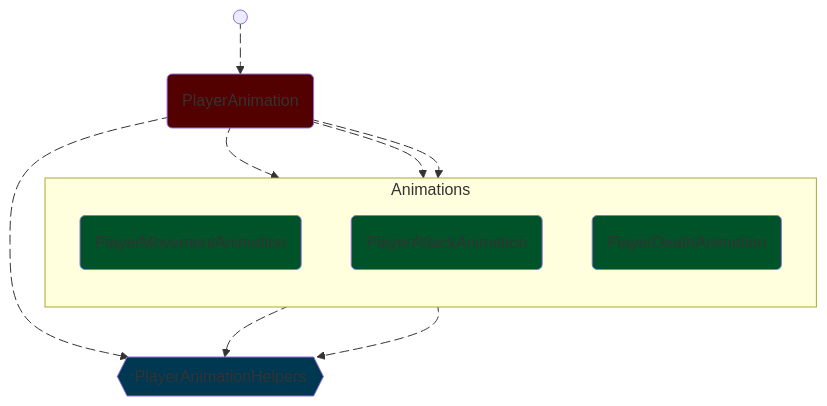
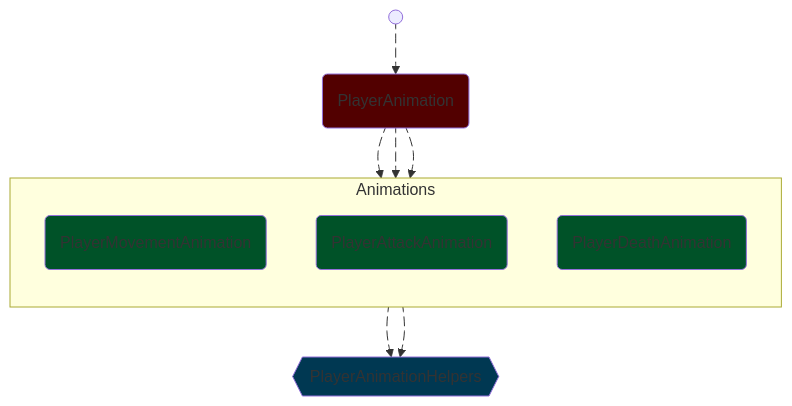
One commit to wenzzzel/untitled-multiplayer-game changed the diagram in README.md. Above: the diagram before and after it, drawn with Mermaid. The commit also changed other lines of this file and 7 other files, not shown here.

````diff
--- a/README.md
+++ b/README.md
@@ -28,40 +28,38 @@
 ```mermaid
 flowchart TB
     START@{ shape: sm-circ, label: "Small start" }
 
     START e7@--> PA(PlayerAnimation)
     
     subgraph test [Animations]
         direction TB
         PMA(PlayerMovementAnimation)
         PAA(PlayerAttackAnimation)
         PDA(PlayerDeathAnimation)
     end
 
     PAH{{PlayerAnimationHelpers}}
 
     PA e1@--> PMA 
     PA e2@--> PAA
     PA e3@--> PDA
-    PA e4@--> PAH
 
     PAA e5@--> PAH
     PDA e6@--> PAH
 
     e1@{ animate: true }
     e2@{ animate: true }
     e3@{ animate: true }
-    e4@{ animate: true }
     e5@{ animate: true }
     e6@{ animate: true }
     e7@{ animate: true }
 
     classDef EntryPoint fill:#520000
     class PA EntryPoint
 
     classDef Animations fill:#005228
     class PMA,PAA,PDA Animations
 
     classDef Helpers fill:#003852
     class PAH Helpers
 ```
````
